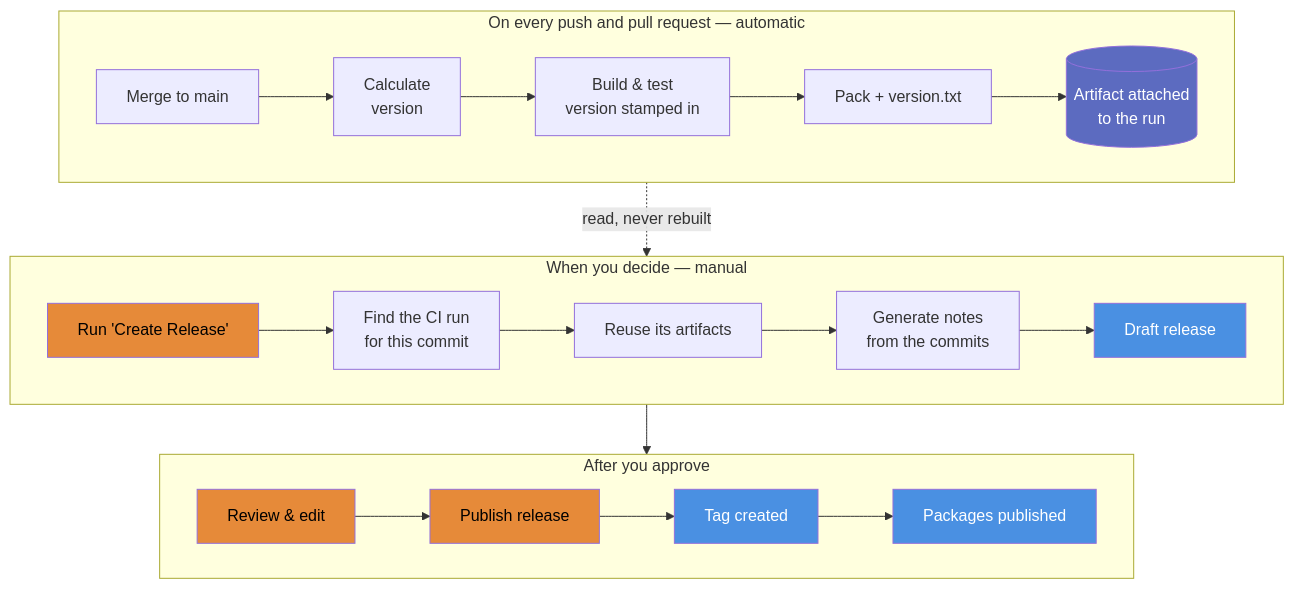
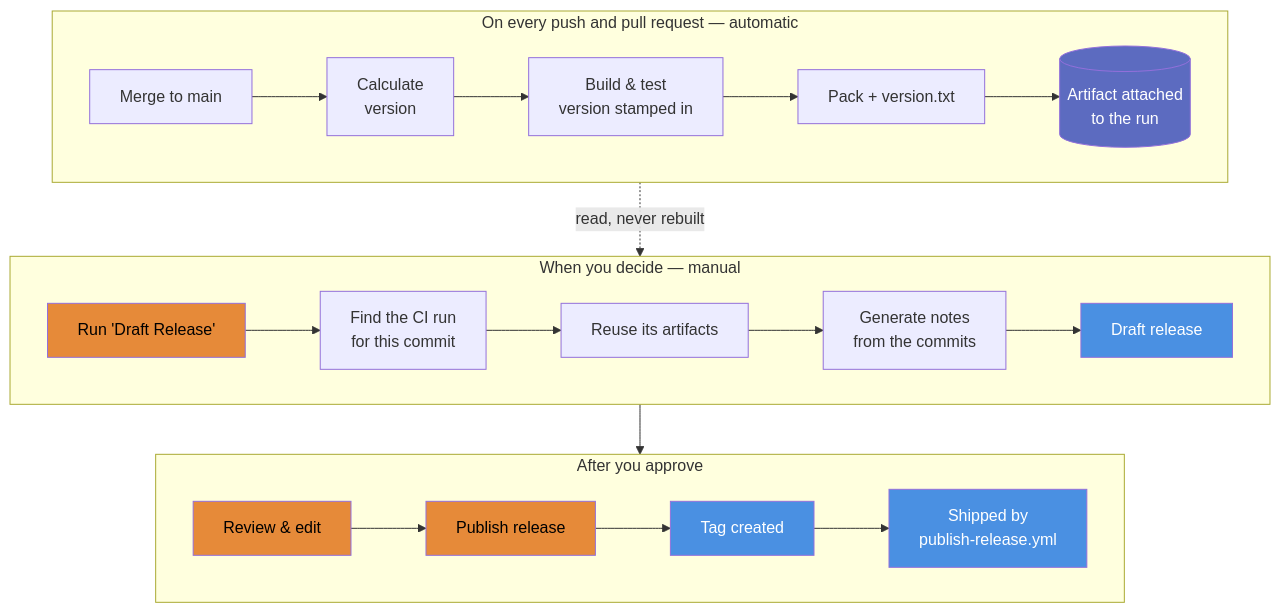
One commit to TaffarelJr/.github changed the diagram in docs/ReleaseProcess.md. Above: the diagram before and after it, drawn with Mermaid. The commit also changed other lines of this file and 4 other files, not shown here.

First line of the commit message:
ci: rename create-release to draft-release

````diff
--- a/docs/ReleaseProcess.md
+++ b/docs/ReleaseProcess.md
@@ -48,39 +48,39 @@
 ```mermaid
 flowchart TB
 
   subgraph subCI ["On every push and pull request — automatic"]
     direction LR
     Merge[Merge to main] --> Version[Calculate<br/>version]
     Version --> BuildStep[Build & test<br/>version stamped in]
     BuildStep --> Pack[Pack + version.txt]
     Pack --> Artifact[(Artifact attached<br/>to the run)]
   end
 
   subgraph subCut ["When you decide — manual"]
     direction LR
-    Trigger[Run 'Create Release']
+    Trigger[Run 'Draft Release']
     Trigger --> Locate[Find the CI run<br/>for this commit]
     Locate --> Reuse[Reuse its artifacts]
     Reuse --> Notes[Generate notes<br/>from the commits]
     Notes --> Draft[Draft release]
   end
 
   subgraph subShip ["After you approve"]
     direction LR
     Review[Review & edit] --> Publish[Publish release]
     Publish --> Tag[Tag created]
-    Tag --> Ship[Packages published]
+    Tag --> Ship[Shipped by<br/>publish-release.yml]
   end
 
   Artifact -.->|"read, never rebuilt"| Locate
   Draft --> Review
 
   classDef action fill:#E68A39,color:#000000
   class Trigger,Review,Publish action
 
   classDef result fill:#4A90E2,color:#FFFFFF
   class Draft,Ship,Tag result
 
   classDef store fill:#5C6BC0,color:#FFFFFF
   class Artifact store
 ```
````
